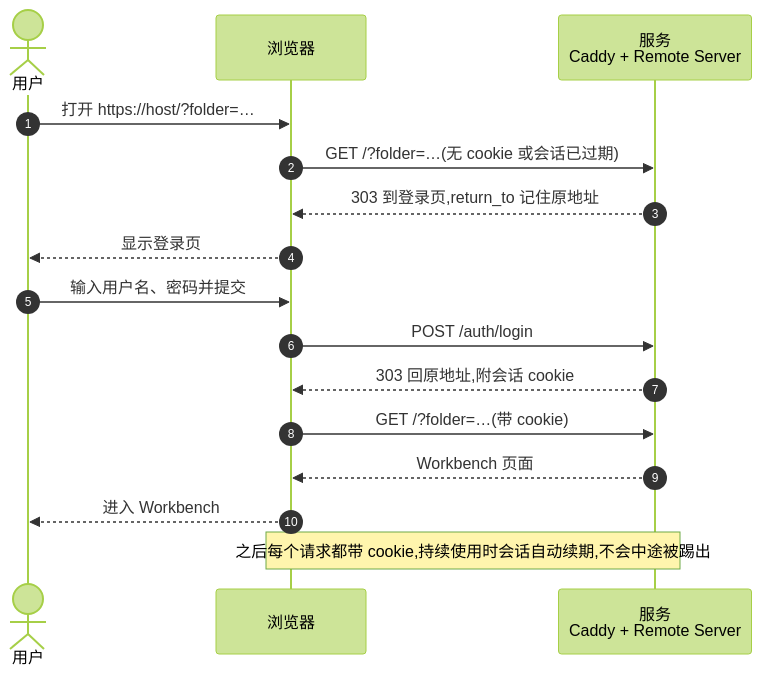
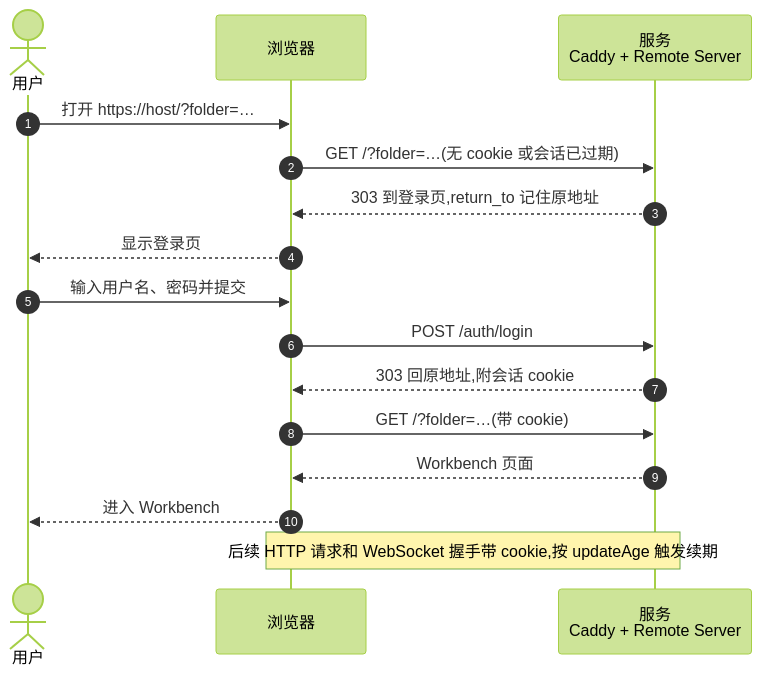
The fourth of 12 diagrams in vibe_vscode_doc/design/login_authentication.md (ActivePeter/vibe-vscode), drawn with Mermaid (forest theme) before and after one commit. The commit also changed other lines of this file and 18 other files, not shown here.

````diff
--- a/vibe_vscode_doc/design/login_authentication.md
+++ b/vibe_vscode_doc/design/login_authentication.md
@@ -117,19 +121,19 @@
 ```mermaid
 sequenceDiagram
     autonumber
     actor User as 用户
     participant Browser as 浏览器
     participant Service as 服务<br/>Caddy + Remote Server
 
     User->>Browser: 打开 https://host/?folder=…
     Browser->>Service: GET /?folder=…(无 cookie 或会话已过期)
     Service-->>Browser: 303 到登录页,return_to 记住原地址
     Browser-->>User: 显示登录页
     User->>Browser: 输入用户名、密码并提交
     Browser->>Service: POST /auth/login
     Service-->>Browser: 303 回原地址,附会话 cookie
     Browser->>Service: GET /?folder=…(带 cookie)
     Service-->>Browser: Workbench 页面
     Browser-->>User: 进入 Workbench
-    Note over Browser,Service: 之后每个请求都带 cookie,持续使用时会话自动续期,不会中途被踢出
+    Note over Browser,Service: 后续 HTTP 请求和 WebSocket 握手带 cookie,按 updateAge 触发续期
 ```
````
